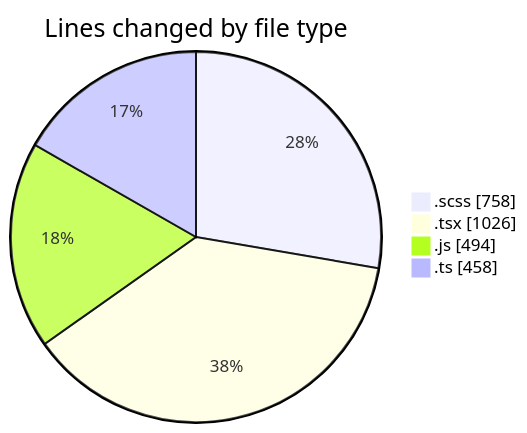
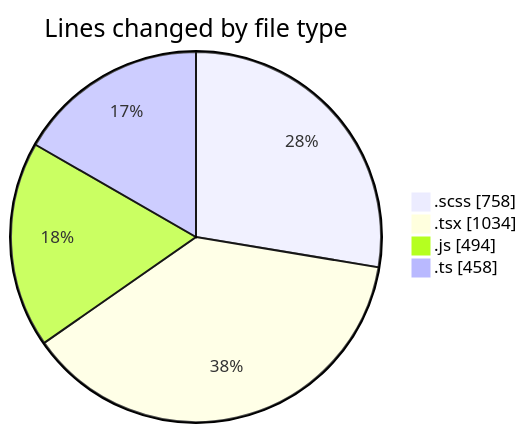
Before and after one commit to momahboobian/code-tracking: the first of 2 diagrams in 2025-03-14/cda/README.md, drawn with Mermaid. The commit also changed other lines of this file and 1 other file, not shown here.

````diff
--- a/2025-03-14/cda/README.md
+++ b/2025-03-14/cda/README.md
@@ -34,8 +34,8 @@
 ```mermaid
 pie showData
 title Lines changed by file type
 ".scss" : 758
-".tsx" : 1026
+".tsx" : 1034
 ".js" : 494
 ".ts" : 458
 ```
````
